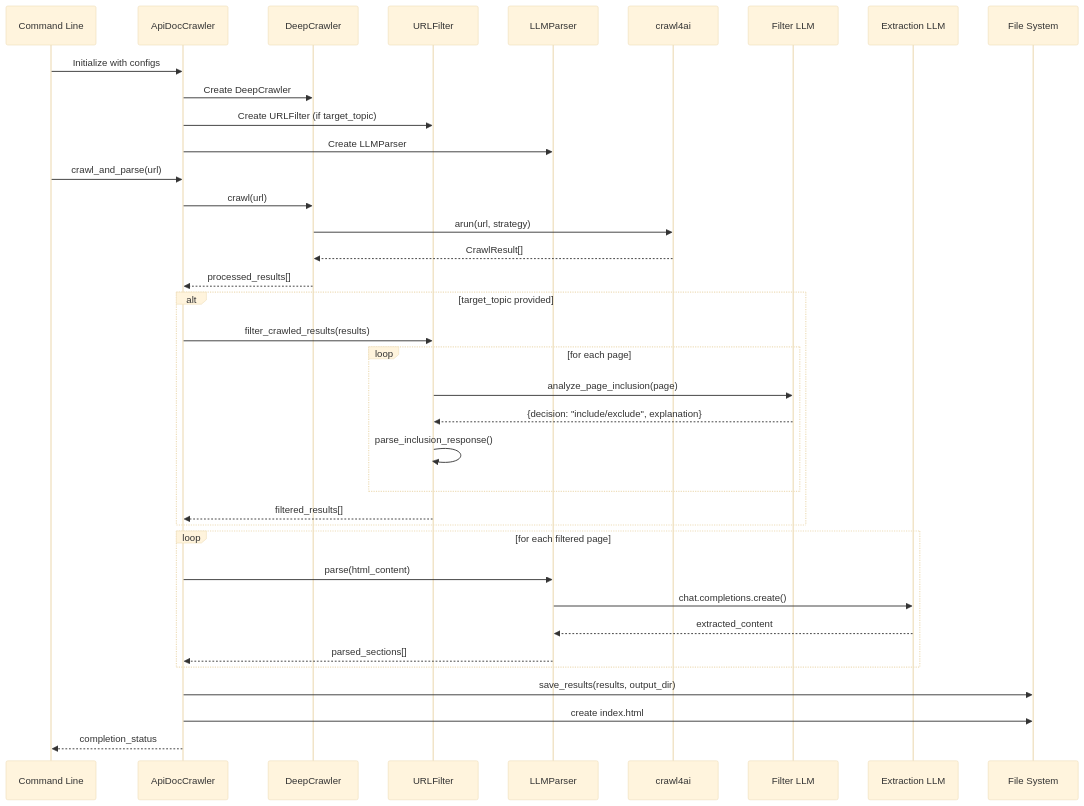
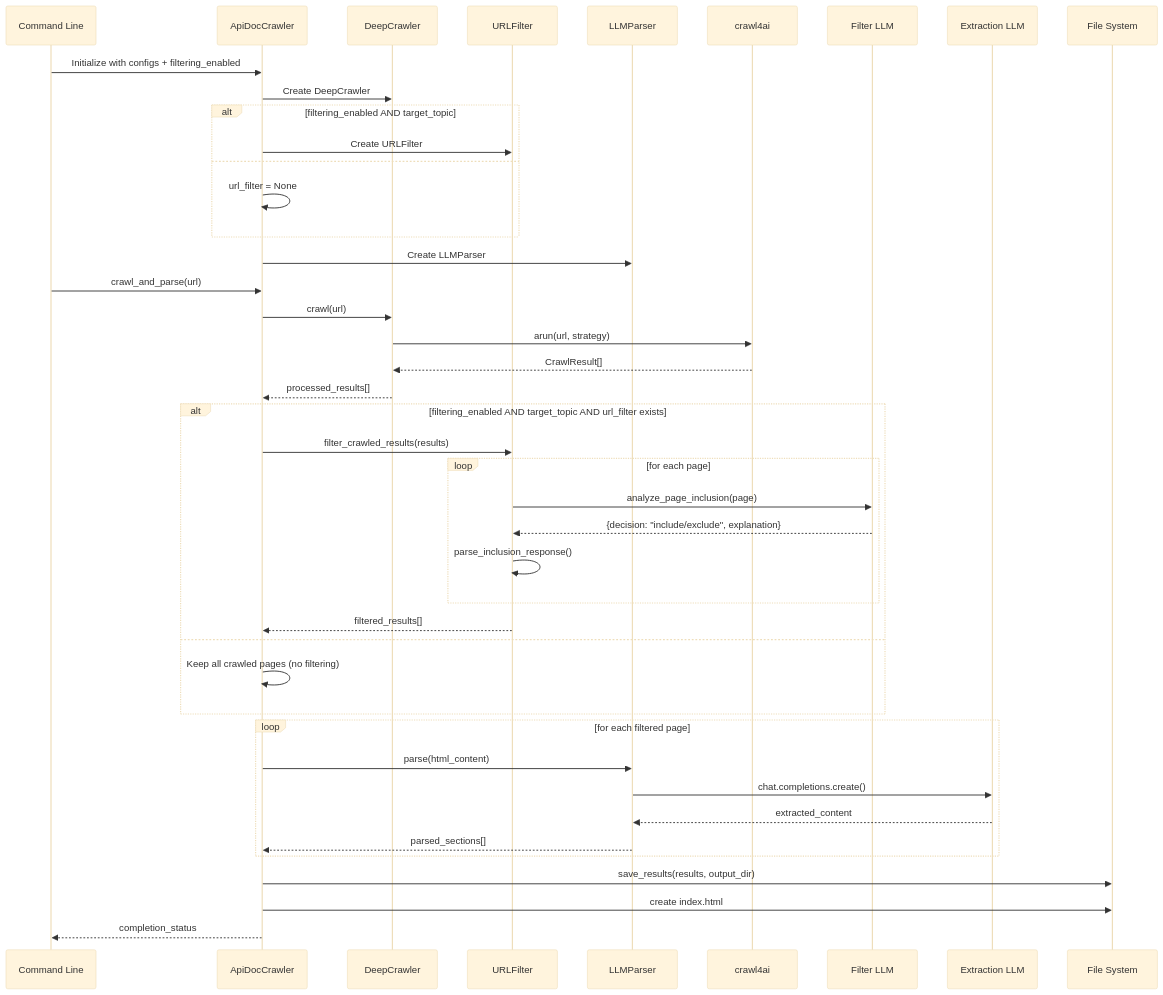
The second of 5 diagrams in diagrams/detailed-architecture-2025-05-25.md (jvbyrnes/crawl-llm-extract), drawn with Mermaid (base theme) before and after one commit. The commit also changed other lines of this file and 3 other files, not shown here.

Commit message:
updated architecture diagrams with new filtering logic

````diff
--- a/diagrams/detailed-architecture-2025-05-25.md
+++ b/diagrams/detailed-architecture-2025-05-25.md
@@ -138,49 +139,55 @@
 ```mermaid
 sequenceDiagram
     participant CLI as Command Line
     participant AC as ApiDocCrawler
     participant DC as DeepCrawler
     participant UF as URLFilter
     participant LP as LLMParser
     participant C4AI as crawl4ai
     participant FLLM as Filter LLM
     participant ELLM as Extraction LLM
     participant FS as File System
     
     %% Initialization Phase
-    CLI->>AC: Initialize with configs
+    CLI->>AC: Initialize with configs + filtering_enabled
     AC->>DC: Create DeepCrawler
-    AC->>UF: Create URLFilter (if target_topic)
+    alt filtering_enabled AND target_topic
+        AC->>UF: Create URLFilter
+    else
+        AC->>AC: url_filter = None
+    end
     AC->>LP: Create LLMParser
     
     %% Crawling Phase
     CLI->>AC: crawl_and_parse(url)
     AC->>DC: crawl(url)
     DC->>C4AI: arun(url, strategy)
     C4AI-->>DC: CrawlResult[]
     DC-->>AC: processed_results[]
     
-    %% Binary Filtering Phase (if enabled)
-    alt target_topic provided
+    %% Binary Filtering Phase (opt-in only)
+    alt filtering_enabled AND target_topic AND url_filter exists
         AC->>UF: filter_crawled_results(results)
         loop for each page
             UF->>FLLM: analyze_page_inclusion(page)
             FLLM-->>UF: {decision: "include/exclude", explanation}
             UF->>UF: parse_inclusion_response()
         end
         UF-->>AC: filtered_results[]
+    else
+        AC->>AC: Keep all crawled pages (no filtering)
     end
     
     %% Content Extraction Phase
     loop for each filtered page
         AC->>LP: parse(html_content)
         LP->>ELLM: chat.completions.create()
         ELLM-->>LP: extracted_content
         LP-->>AC: parsed_sections[]
     end
     
     %% Output Phase
     AC->>FS: save_results(results, output_dir)
     AC->>FS: create index.html
     AC-->>CLI: completion_status
 ```
````
